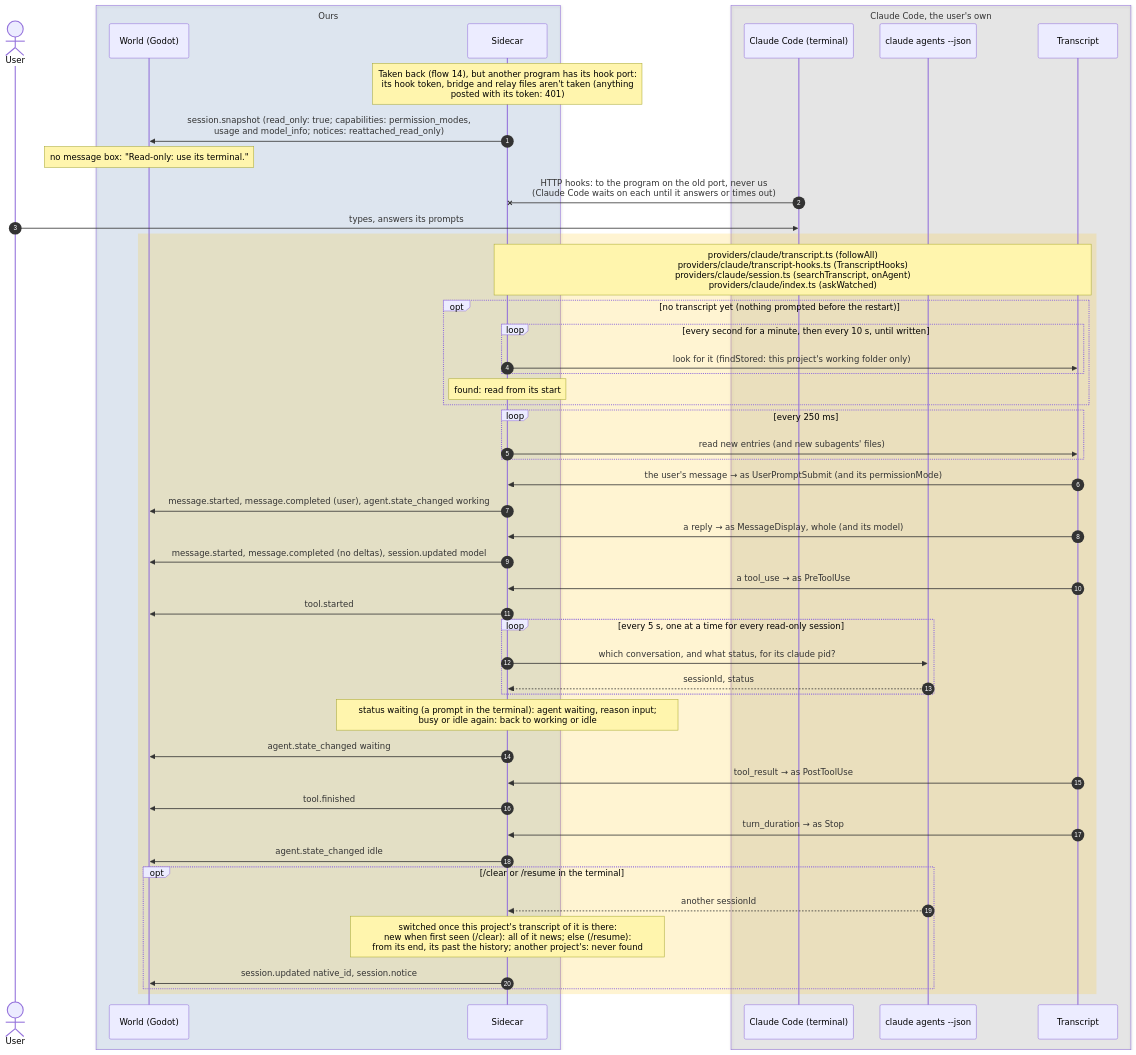
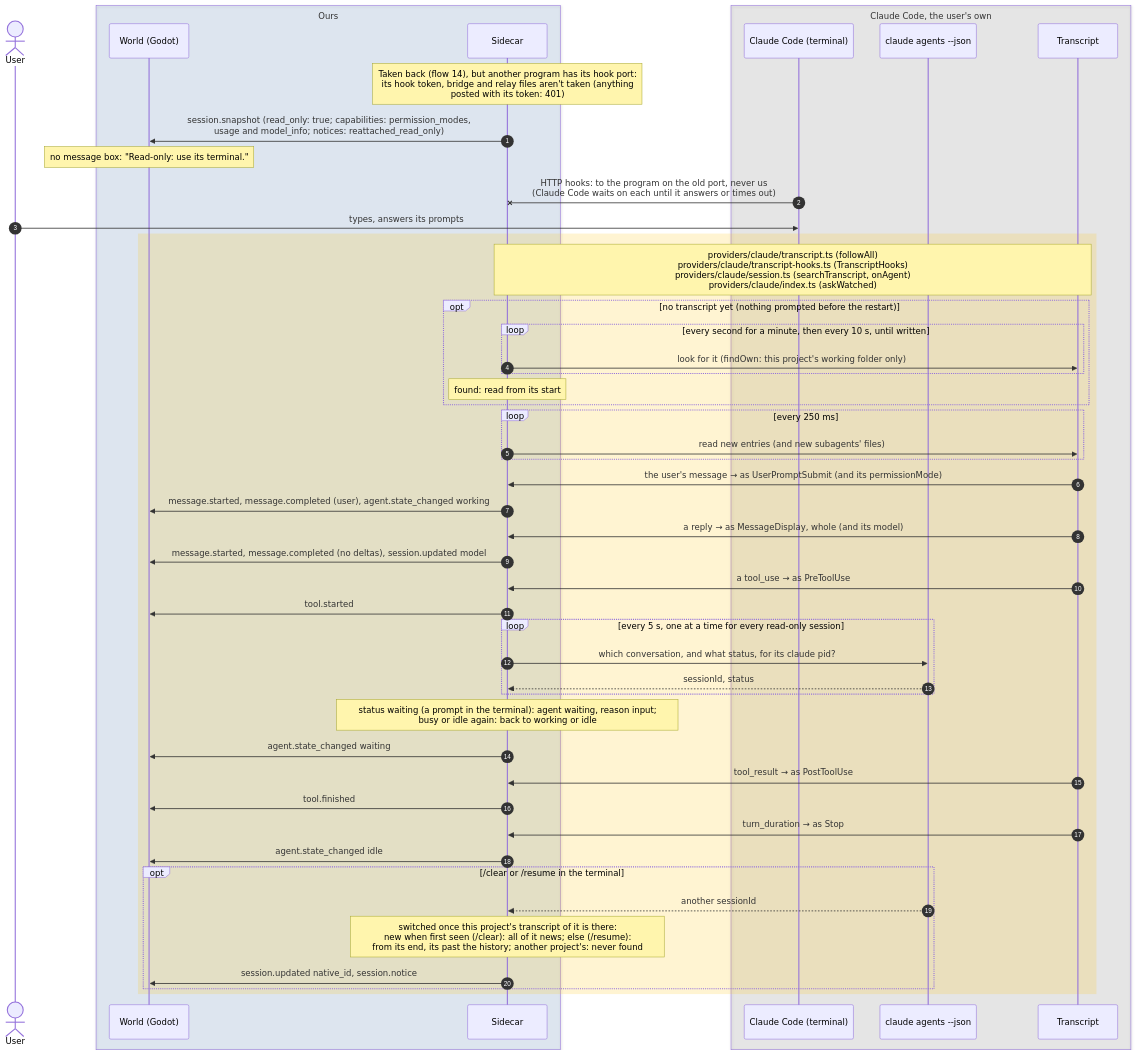
One commit to PaoloPortugal/The-Beach changed the diagram in docs/diagrams/sequence/15-read-only-mode.md. Above: the diagram before and after it, drawn with Mermaid. The commit also changed 5 other files, not shown here.

````diff
--- a/docs/diagrams/sequence/15-read-only-mode.md
+++ b/docs/diagrams/sequence/15-read-only-mode.md
@@ -7,55 +7,55 @@
 ```mermaid
 sequenceDiagram
     autonumber
     actor User
 
     box rgba(47,111,191,0.12) Ours
         participant World as World (Godot)
         participant Sidecar
     end
 
     box rgba(128,128,128,0.14) Claude Code, the user's own
         participant Claude as Claude Code (terminal)
         participant Agents as claude agents --json
         participant Log as Transcript
     end
 
     Note over Sidecar: Taken back (flow 14), but another program has its hook port:<br/>its hook token, bridge and relay files aren't taken (anything<br/>posted with its token: 401)
     Sidecar->>World: session.snapshot (read_only: true#59; capabilities: permission_modes,<br/>usage and model_info#59; notices: reattached_read_only)
     Note over World: no message box: "Read-only: use its terminal."
     Claude-xSidecar: HTTP hooks: to the program on the old port, never us<br/>(Claude Code waits on each until it answers or times out)
     User->>Claude: types, answers its prompts
     rect rgba(255,193,7,0.18)
         Note over Sidecar,Log: providers/claude/transcript.ts (followAll)<br/>providers/claude/transcript-hooks.ts (TranscriptHooks)<br/>providers/claude/session.ts (searchTranscript, onAgent)<br/>providers/claude/index.ts (askWatched)
         opt no transcript yet (nothing prompted before the restart)
             loop every second for a minute, then every 10 s, until written
-                Sidecar->>Log: look for it (findStored: this project's working folder only)
+                Sidecar->>Log: look for it (findOwn: this project's working folder only)
             end
             Note over Sidecar: found: read from its start
         end
         loop every 250 ms
             Sidecar->>Log: read new entries (and new subagents' files)
         end
         Log->>Sidecar: the user's message → as UserPromptSubmit (and its permissionMode)
         Sidecar->>World: message.started, message.completed (user), agent.state_changed working
         Log->>Sidecar: a reply → as MessageDisplay, whole (and its model)
         Sidecar->>World: message.started, message.completed (no deltas), session.updated model
         Log->>Sidecar: a tool_use → as PreToolUse
         Sidecar->>World: tool.started
         loop every 5 s, one at a time for every read-only session
             Sidecar->>Agents: which conversation, and what status, for its claude pid?
             Agents-->>Sidecar: sessionId, status
         end
         Note over Sidecar: status waiting (a prompt in the terminal): agent waiting, reason input#59;<br/>busy or idle again: back to working or idle
         Sidecar->>World: agent.state_changed waiting
         Log->>Sidecar: tool_result → as PostToolUse
         Sidecar->>World: tool.finished
         Log->>Sidecar: turn_duration → as Stop
         Sidecar->>World: agent.state_changed idle
         opt /clear or /resume in the terminal
             Agents-->>Sidecar: another sessionId
             Note over Sidecar: switched once this project's transcript of it is there:<br/>new when first seen (/clear): all of it news#59; else (/resume):<br/>from its end, its past the history#59; another project's: never found
             Sidecar->>World: session.updated native_id, session.notice
         end
     end
 ```
````
